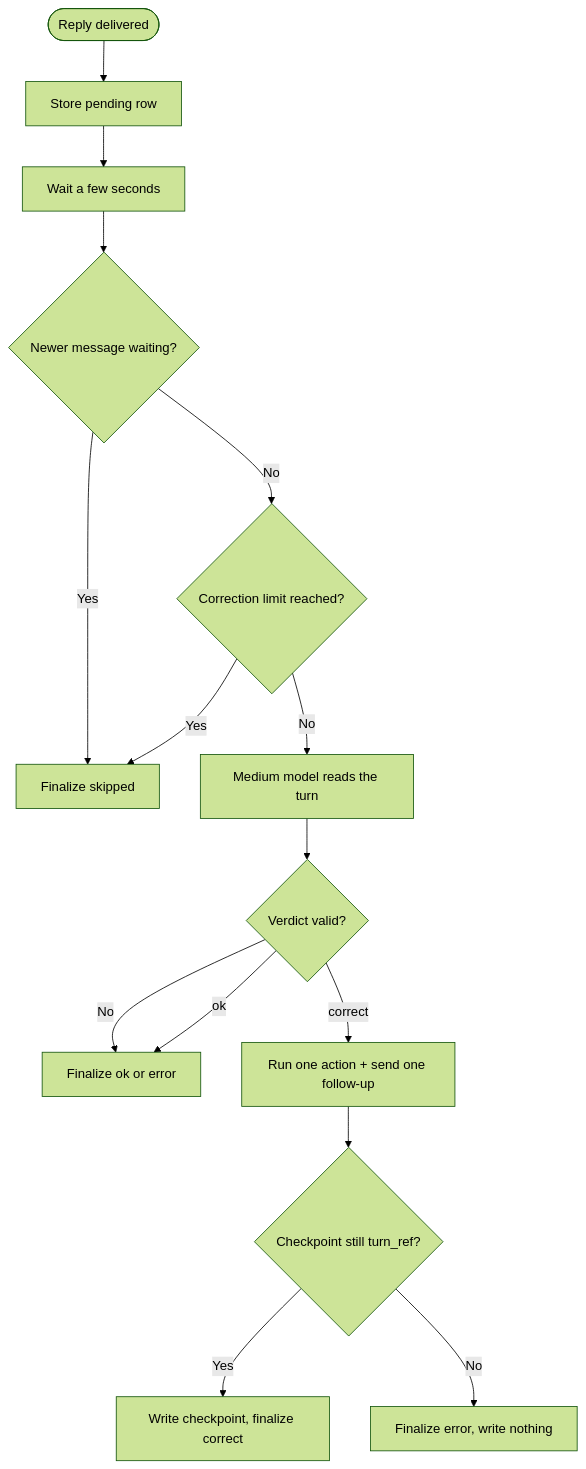
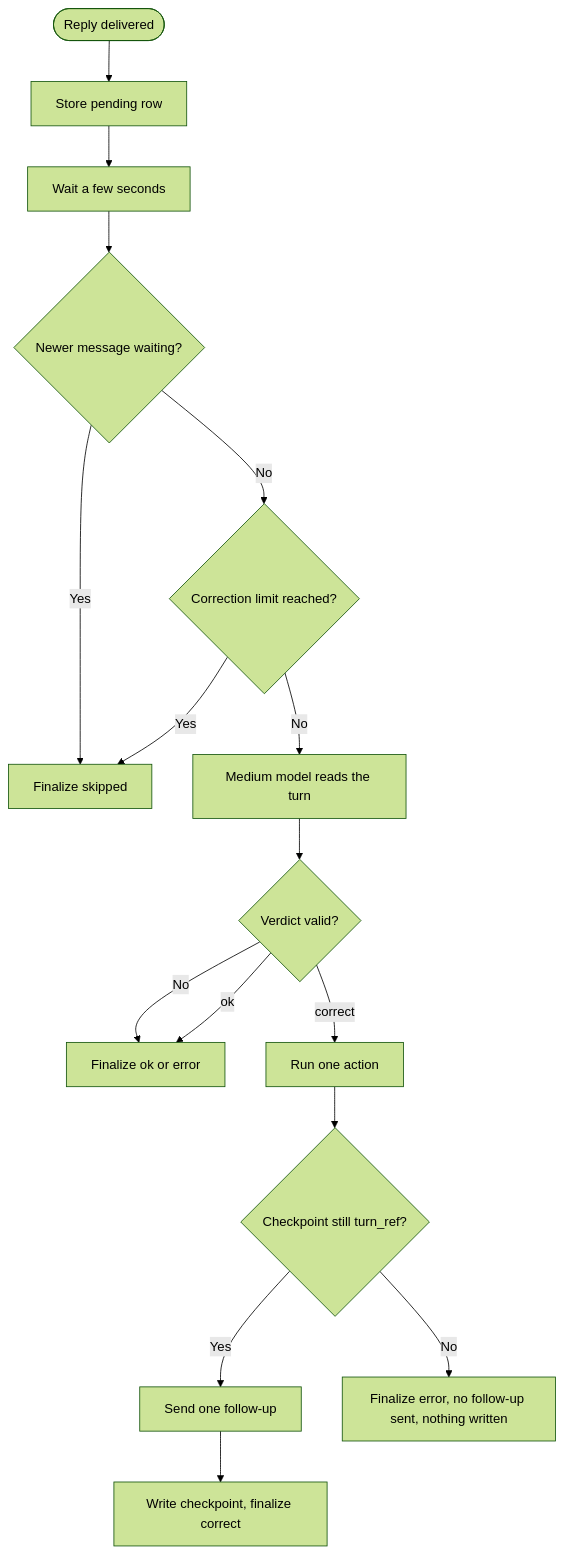
The diagram in docs/ai-prompts/interaction-review.md (NickBorgersProbably/hide-my-list), drawn with Mermaid (forest theme) before and after one commit. The commit also changed other lines of this file and 8 other files, not shown here.

````diff
--- a/docs/ai-prompts/interaction-review.md
+++ b/docs/ai-prompts/interaction-review.md
@@ -56,17 +56,18 @@
 ```mermaid
 flowchart TD
     Sent([Reply delivered]) --> Row[Store pending row]
     Row --> Wait[Wait a few seconds]
     Wait --> Pending{Newer message waiting?}
     Pending -->|Yes| Skip[Finalize skipped]
     Pending -->|No| Limit{Correction limit reached?}
     Limit -->|Yes| Skip
     Limit -->|No| Judge[Medium model reads the turn]
     Judge --> Valid{Verdict valid?}
     Valid -->|No| Final[Finalize ok or error]
     Valid -->|ok| Final
-    Valid -->|correct| Act[Run one action + send one follow-up]
+    Valid -->|correct| Act[Run one action]
     Act --> Current{Checkpoint still turn_ref?}
-    Current -->|Yes| Write[Write checkpoint, finalize correct]
-    Current -->|No| Stale[Finalize error, write nothing]
+    Current -->|Yes| Send[Send one follow-up]
+    Send --> Write[Write checkpoint, finalize correct]
+    Current -->|No| Stale[Finalize error, no follow-up sent, nothing written]
 ```
````
